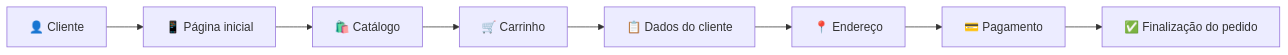
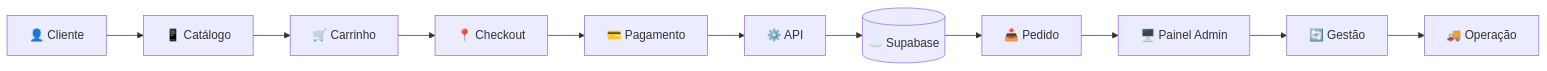
The diagram in README.md (CassianoCalian/sistema-gestao-delivery), drawn with Mermaid before and after one commit. The commit also changed other lines of this file, not shown here.

````diff
--- a/README.md
+++ b/README.md
@@ -72,10 +140,13 @@
 ```mermaid
 flowchart LR
-    A[👤 Cliente] --> B[📱 Página inicial]
-    B --> C[🛍️ Catálogo]
-    C --> D[🛒 Carrinho]
-    D --> E[📋 Dados do cliente]
-    E --> F[📍 Endereço]
-    F --> G[💳 Pagamento]
-    G --> H[✅ Finalização do pedido]
+    A["👤 Cliente"] --> B["📱 Catálogo"]
+    B --> C["🛒 Carrinho"]
+    C --> D["📍 Checkout"]
+    D --> E["💳 Pagamento"]
+    E --> F["⚙️ API"]
+    F --> G[("☁️ Supabase")]
+    G --> H["📥 Pedido"]
+    H --> I["🖥️ Painel Admin"]
+    I --> J["🔄 Gestão"]
+    J --> K["🚚 Operação"]
 ```
````
